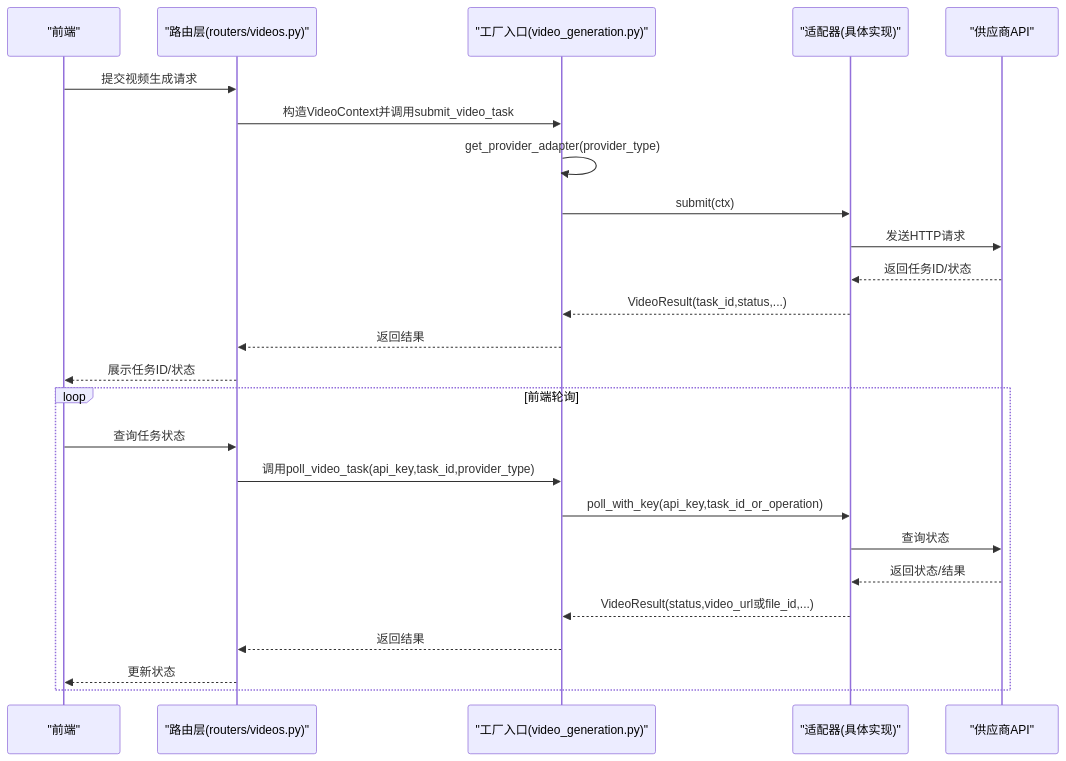
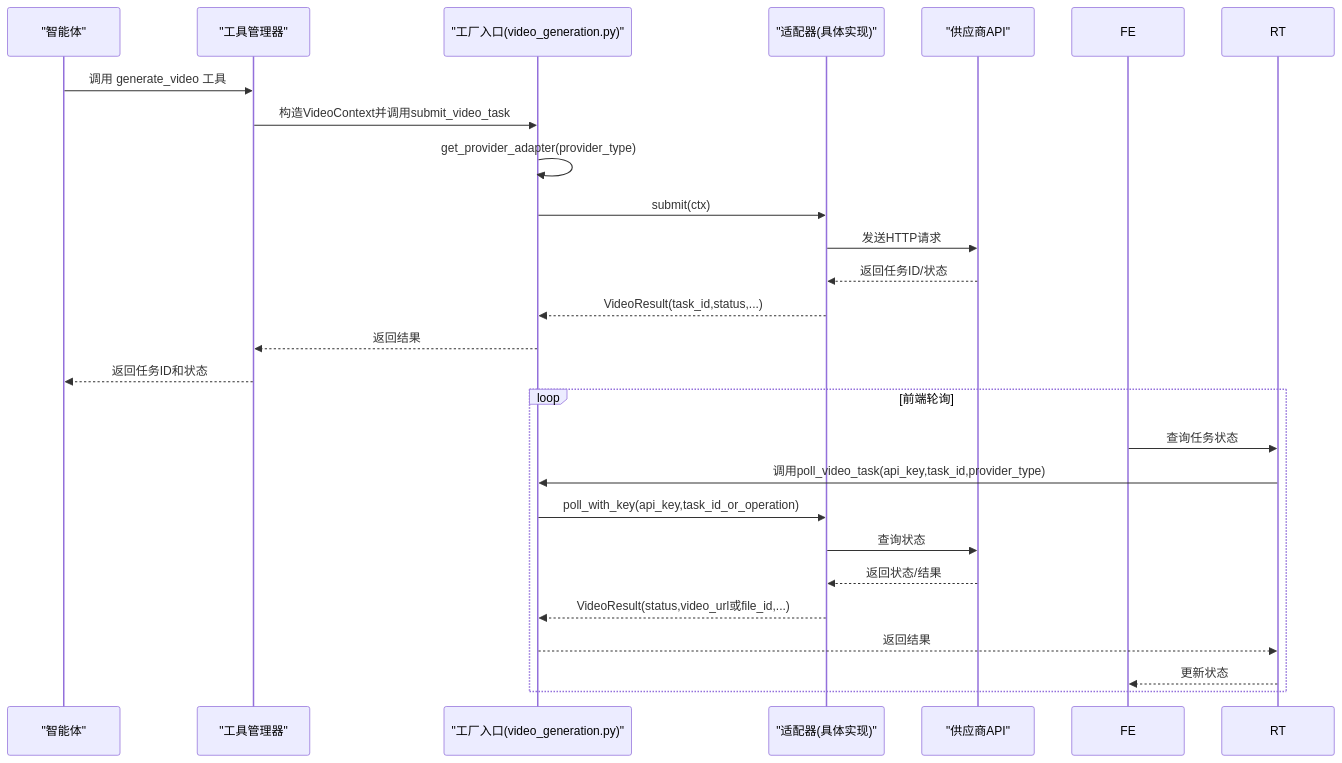
Before and after one commit to KunLabAI/KunFlix: the second of 9 diagrams in .qoder/repowiki/zh/content/后端服务架构/业务服务层/媒体生成服务/视频提供商适配器.md, drawn with Mermaid. The commit also changed other lines of this file and 29 other files, not shown here.

````diff
--- a/.qoder/repowiki/zh/content/后端服务架构/业务服务层/媒体生成服务/视频提供商适配器.md
+++ b/.qoder/repowiki/zh/content/后端服务架构/业务服务层/媒体生成服务/视频提供商适配器.md
@@ -102,27 +123,27 @@
 ```mermaid
 sequenceDiagram
-participant FE as "前端"
-participant RT as "路由层(routers/videos.py)"
+participant AG as "智能体"
+participant TM as "工具管理器"
 participant VG as "工厂入口(video_generation.py)"
 participant AD as "适配器(具体实现)"
 participant API as "供应商API"
-FE->>RT : 提交视频生成请求
-RT->>VG : 构造VideoContext并调用submit_video_task
+AG->>TM : 调用 generate_video 工具
+TM->>VG : 构造VideoContext并调用submit_video_task
 VG->>VG : get_provider_adapter(provider_type)
 VG->>AD : submit(ctx)
 AD->>API : 发送HTTP请求
 API-->>AD : 返回任务ID/状态
 AD-->>VG : VideoResult(task_id,status,...)
-VG-->>RT : 返回结果
-RT-->>FE : 展示任务ID/状态
+VG-->>TM : 返回结果
+TM-->>AG : 返回任务ID和状态
 loop 前端轮询
 FE->>RT : 查询任务状态
 RT->>VG : 调用poll_video_task(api_key,task_id,provider_type)
 VG->>AD : poll_with_key(api_key,task_id_or_operation)
 AD->>API : 查询状态
 API-->>AD : 返回状态/结果
 AD-->>VG : VideoResult(status,video_url或file_id,...)
 VG-->>RT : 返回结果
 RT-->>FE : 更新状态
 end
 ```
````
